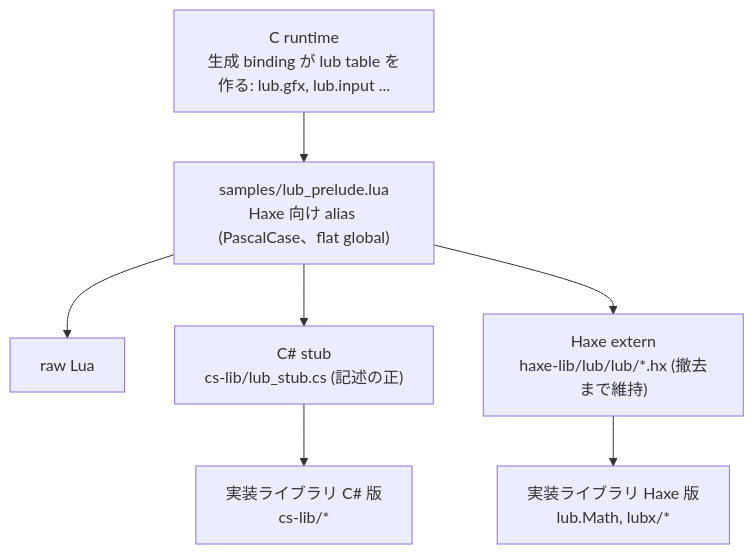
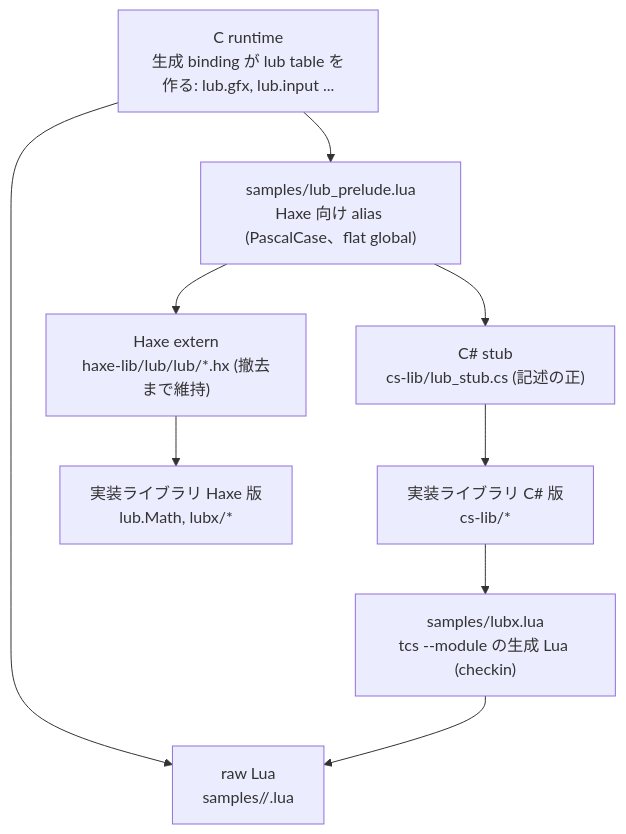
The diagram in docs/api-glue.md (neguse/lub), drawn with Mermaid before and after one commit. The commit also changed other lines of this file and 13 other files, not shown here.

First line of the commit message:
feat: raw Lua 向けの lubx の生成 Lua と raw Lua サンプル

````diff
--- a/docs/api-glue.md
+++ b/docs/api-glue.md
@@ -10,9 +10,11 @@
 ```mermaid
 graph TD
     C["C runtime<br/>生成 binding が lub table を作る: lub.gfx, lub.input ..."] --> P["samples/lub_prelude.lua<br/>Haxe 向け alias (PascalCase、flat global)"]
-    P --> L[raw Lua]
+    C --> L["raw Lua<br/>samples/<name>/<name>.lua"]
+    CS --> LX["samples/lubx.lua<br/>tcs --module の生成 Lua (checkin)"]
+    LX --> L
     P --> S["C# stub<br/>cs-lib/lub_stub.cs (記述の正)"]
     P --> H["Haxe extern<br/>haxe-lib/lub/lub/*.hx (撤去まで維持)"]
     S --> CS["実装ライブラリ C# 版<br/>cs-lib/*"]
     H --> HX["実装ライブラリ Haxe 版<br/>lub.Math, lubx/*"]
 ```
````
